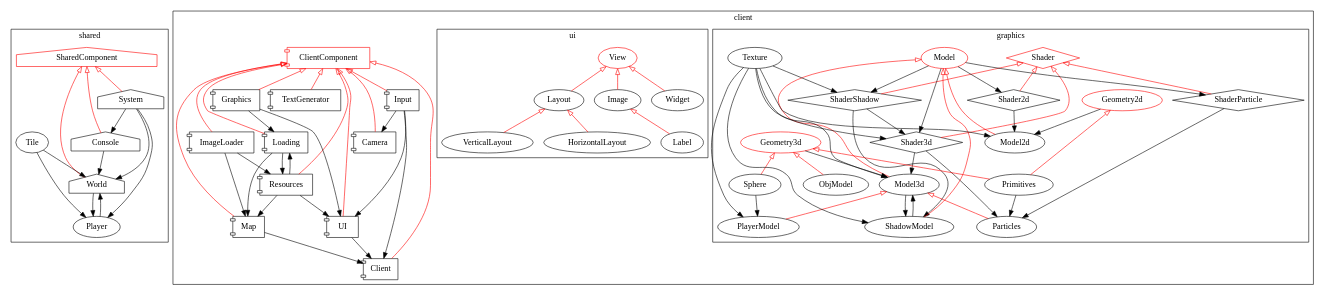
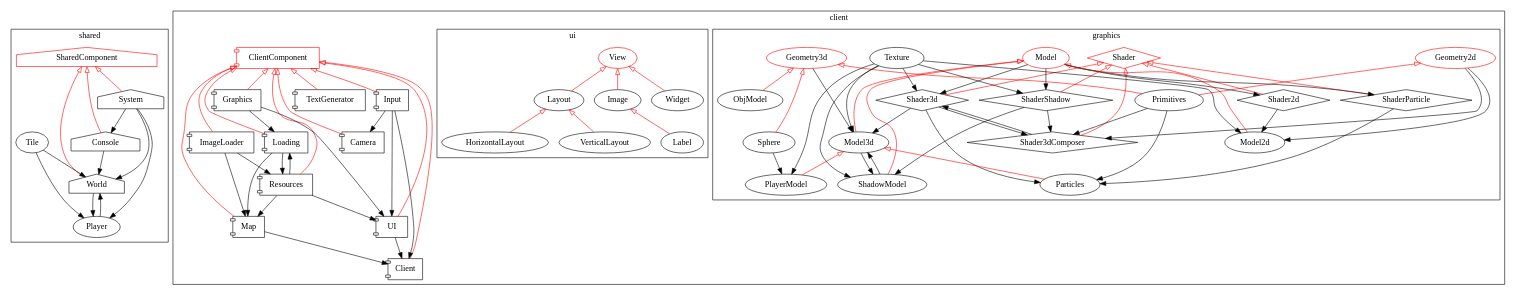
One commit to AsGreyWolf/Teeworlds3d changed the diagram in graph.dot. Above: the diagram before and after it, drawn with Graphviz. The commit also changed 15 other files, not shown here.

```diff
--- a/graph.dot
+++ b/graph.dot
@@ -62,6 +62,7 @@
 	 		label="graphics";
 			Shader [shape=diamond color=red];
 			Shader3d [shape=diamond];
+			Shader3dComposer [shape=diamond];
 			ShaderShadow [shape=diamond];
 			Shader2d [shape=diamond];
 			ShaderParticle [shape=diamond];
@@ -81,6 +82,7 @@
 			Model->ShadowModel[color=red arrowhead=none arrowtail=empty dir=back];
 			Model->Model2d[color=red arrowhead=none arrowtail=empty dir=back];
 			Shader->Shader3d[color=red arrowhead=none arrowtail=empty dir=back];
+			Shader->Shader3dComposer[color=red arrowhead=none arrowtail=empty dir=back];
 			Shader->ShaderShadow[color=red arrowhead=none arrowtail=empty dir=back];
 			Shader->ShaderParticle[color=red arrowhead=none arrowtail=empty dir=back];
 			Shader->Shader2d[color=red arrowhead=none arrowtail=empty dir=back];
@@ -101,7 +103,7 @@
 			Sphere->PlayerModel;
 			Model->Shader3d;
 			Texture->Shader3d;
-			ShaderShadow->Shader3d;
+			Shader3dComposer->Shader3d;
 			Model->Shader2d;
 			Texture->ShaderShadow;
 			Model->ShaderShadow;
@@ -112,6 +114,10 @@
 			Shader3d->Particles;
 			ShaderParticle->Particles;
 			Primitives->Particles;
+			Shader3d->Shader3dComposer;
+			ShaderShadow->Shader3dComposer;
+			Geometry2d->Shader3dComposer;
+			Primitives->Shader3dComposer;
 	 	}
 	 	/*
 		Graphics->Model3d;
@@ -119,7 +125,7 @@
 		Resources->PlayerModel;
 		Camera->Shader3d;
 		Graphics->Shader3d;
-		Graphics->Shader2d;
+		Graphics->Shader2d;``
 		Shader->Graphics;
 		Camera->ShaderShadow;
 		Graphics->ShaderShadow;
```
